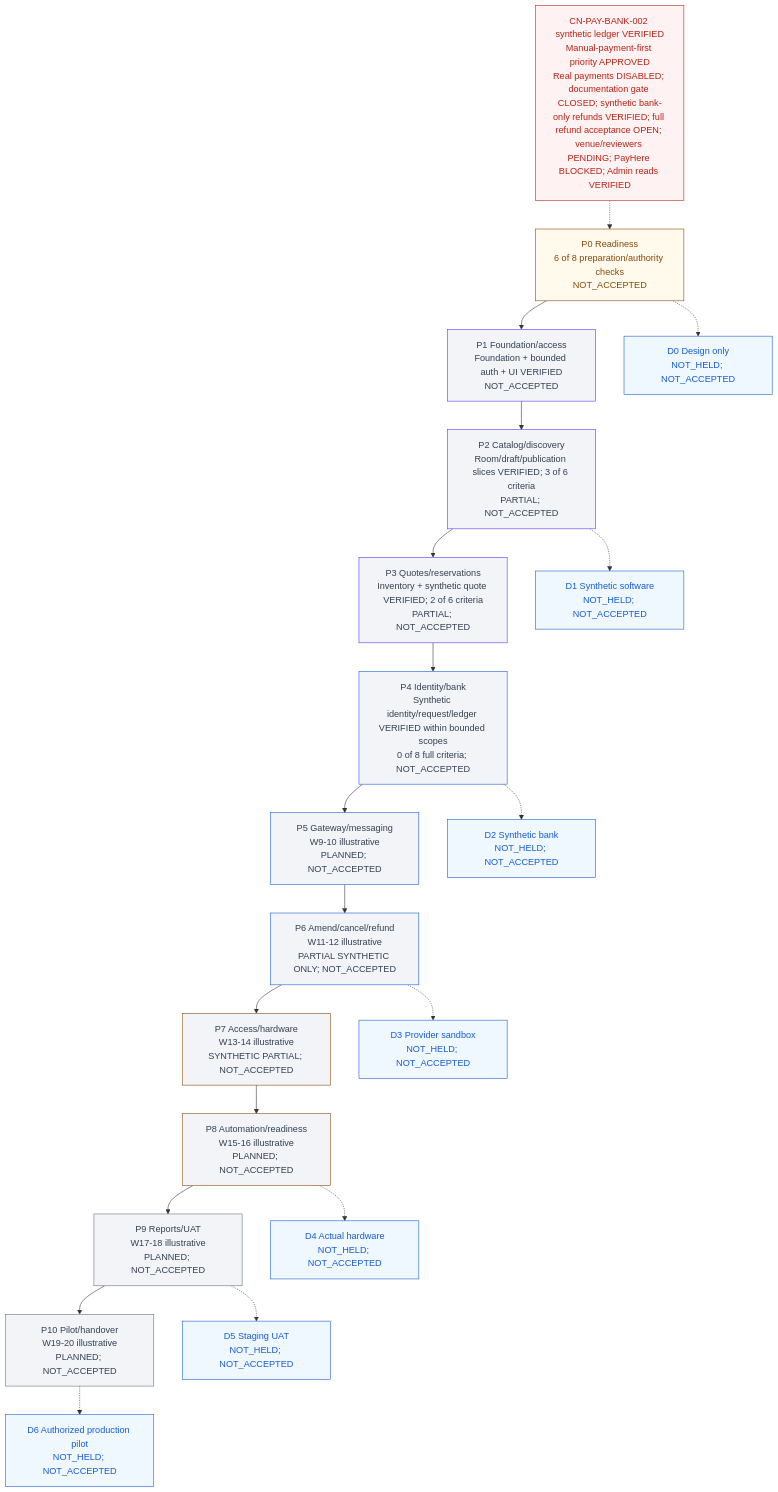
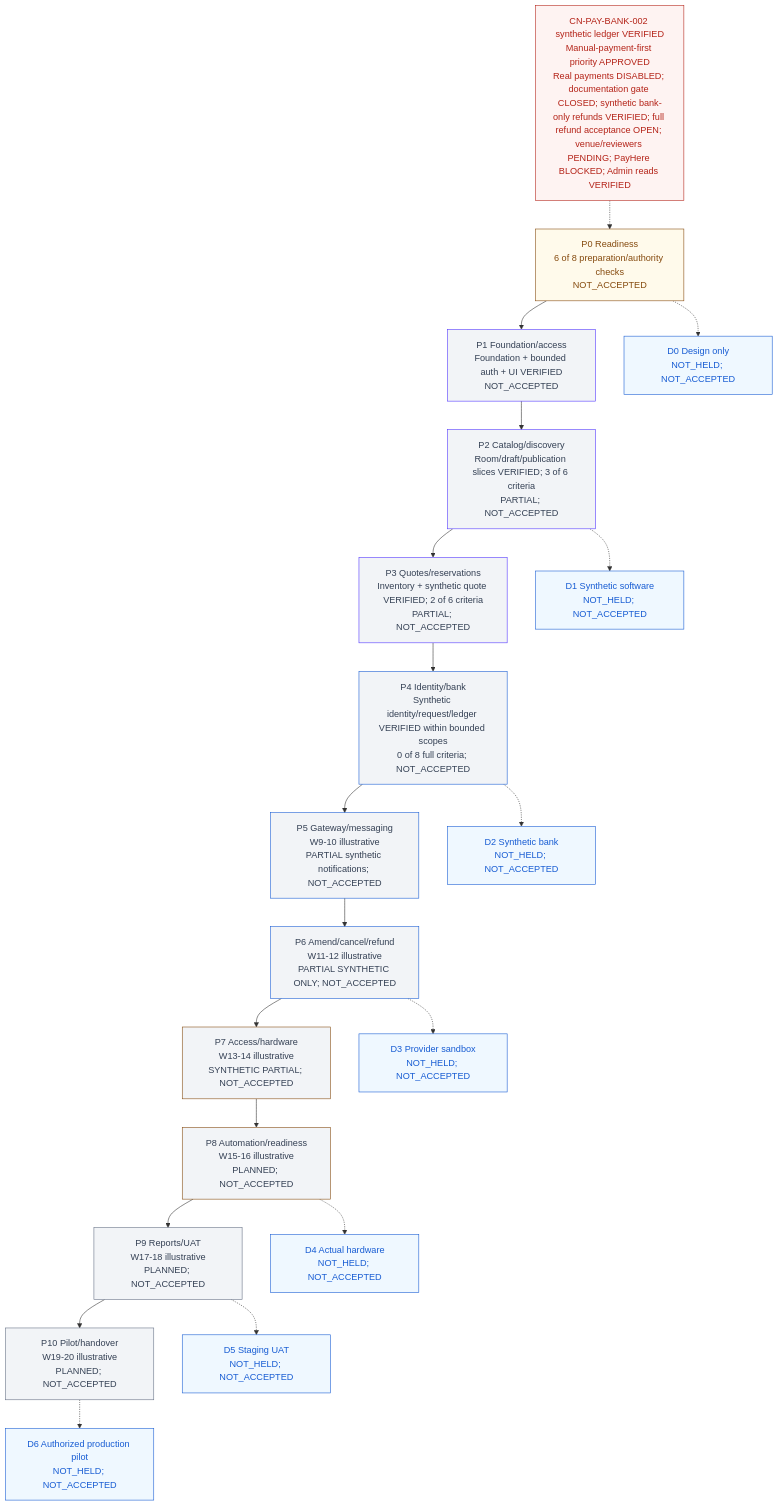
One commit to Hasitha3513/Theater-Project changed the diagram in knowledge/PROGRESS.md. Above: the diagram before and after it, drawn with Mermaid. The commit also changed other lines of this file and 50 other files, not shown here.

Commit message:
feat(notifications): add synthetic inbox and durable local capture

````diff
--- a/knowledge/PROGRESS.md
+++ b/knowledge/PROGRESS.md
@@ -313,45 +313,45 @@
 ```mermaid
 flowchart TB
   G["CN-PAY-BANK-002 synthetic ledger VERIFIED<br/>Manual-payment-first priority APPROVED<br/>Real payments DISABLED; documentation gate CLOSED; synthetic bank-only refunds VERIFIED; full refund acceptance OPEN; venue/reviewers PENDING; PayHere BLOCKED; Admin reads VERIFIED"]
   P0["P0 Readiness<br/>6 of 8 preparation/authority checks<br/>NOT_ACCEPTED"]
   P1["P1 Foundation/access<br/>Foundation + bounded auth + UI VERIFIED<br/>NOT_ACCEPTED"]
   P2["P2 Catalog/discovery<br/>Room/draft/publication slices VERIFIED; 3 of 6 criteria<br/>PARTIAL; NOT_ACCEPTED"]
   P3["P3 Quotes/reservations<br/>Inventory + synthetic quote VERIFIED; 2 of 6 criteria<br/>PARTIAL; NOT_ACCEPTED"]
   P4["P4 Identity/bank<br/>Synthetic identity/request/ledger VERIFIED within bounded scopes<br/>0 of 8 full criteria; NOT_ACCEPTED"]
-  P5["P5 Gateway/messaging<br/>W9-10 illustrative<br/>PLANNED; NOT_ACCEPTED"]
+  P5["P5 Gateway/messaging<br/>W9-10 illustrative<br/>PARTIAL synthetic notifications; NOT_ACCEPTED"]
   P6["P6 Amend/cancel/refund<br/>W11-12 illustrative<br/>PARTIAL SYNTHETIC ONLY; NOT_ACCEPTED"]
   P7["P7 Access/hardware<br/>W13-14 illustrative<br/>SYNTHETIC PARTIAL; NOT_ACCEPTED"]
   P8["P8 Automation/readiness<br/>W15-16 illustrative<br/>PLANNED; NOT_ACCEPTED"]
   P9["P9 Reports/UAT<br/>W17-18 illustrative<br/>PLANNED; NOT_ACCEPTED"]
   P10["P10 Pilot/handover<br/>W19-20 illustrative<br/>PLANNED; NOT_ACCEPTED"]
   G -.-> P0
   P0 --> P1 --> P2 --> P3 --> P4 --> P5 --> P6 --> P7 --> P8 --> P9 --> P10
   D0["D0 Design only<br/>NOT_HELD; NOT_ACCEPTED"]
   D1["D1 Synthetic software<br/>NOT_HELD; NOT_ACCEPTED"]
   D2["D2 Synthetic bank<br/>NOT_HELD; NOT_ACCEPTED"]
   D3["D3 Provider sandbox<br/>NOT_HELD; NOT_ACCEPTED"]
   D4["D4 Actual hardware<br/>NOT_HELD; NOT_ACCEPTED"]
   D5["D5 Staging UAT<br/>NOT_HELD; NOT_ACCEPTED"]
   D6["D6 Authorized production pilot<br/>NOT_HELD; NOT_ACCEPTED"]
   P0 -.-> D0
   P2 -.-> D1
   P4 -.-> D2
   P6 -.-> D3
   P8 -.-> D4
   P9 -.-> D5
   P10 -.-> D6
   classDef readiness fill:#FFFAEB,color:#854A0E,stroke:#854A0E;
   classDef foundation fill:#F2F4F7,color:#344054,stroke:#5135FF;
   classDef financial fill:#F2F4F7,color:#344054,stroke:#175CD3;
   classDef physical fill:#F2F4F7,color:#344054,stroke:#854A0E;
   classDef release fill:#F2F4F7,color:#344054,stroke:#667085;
   classDef blocked fill:#FEF3F2,color:#B42318,stroke:#B42318;
   classDef demo fill:#EFF8FF,color:#175CD3,stroke:#175CD3;
   class P0 readiness;
   class P1,P2,P3 foundation;
   class P4,P5,P6 financial;
   class P7,P8 physical;
   class P9,P10 release;
   class G blocked;
   class D0,D1,D2,D3,D4,D5,D6 demo;
 ```
````
